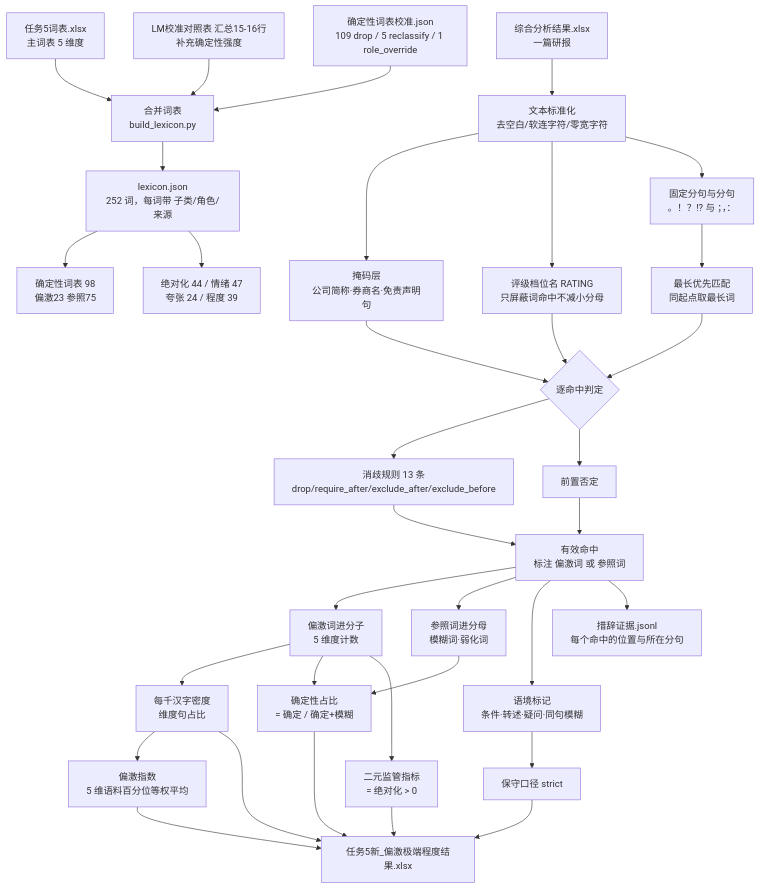
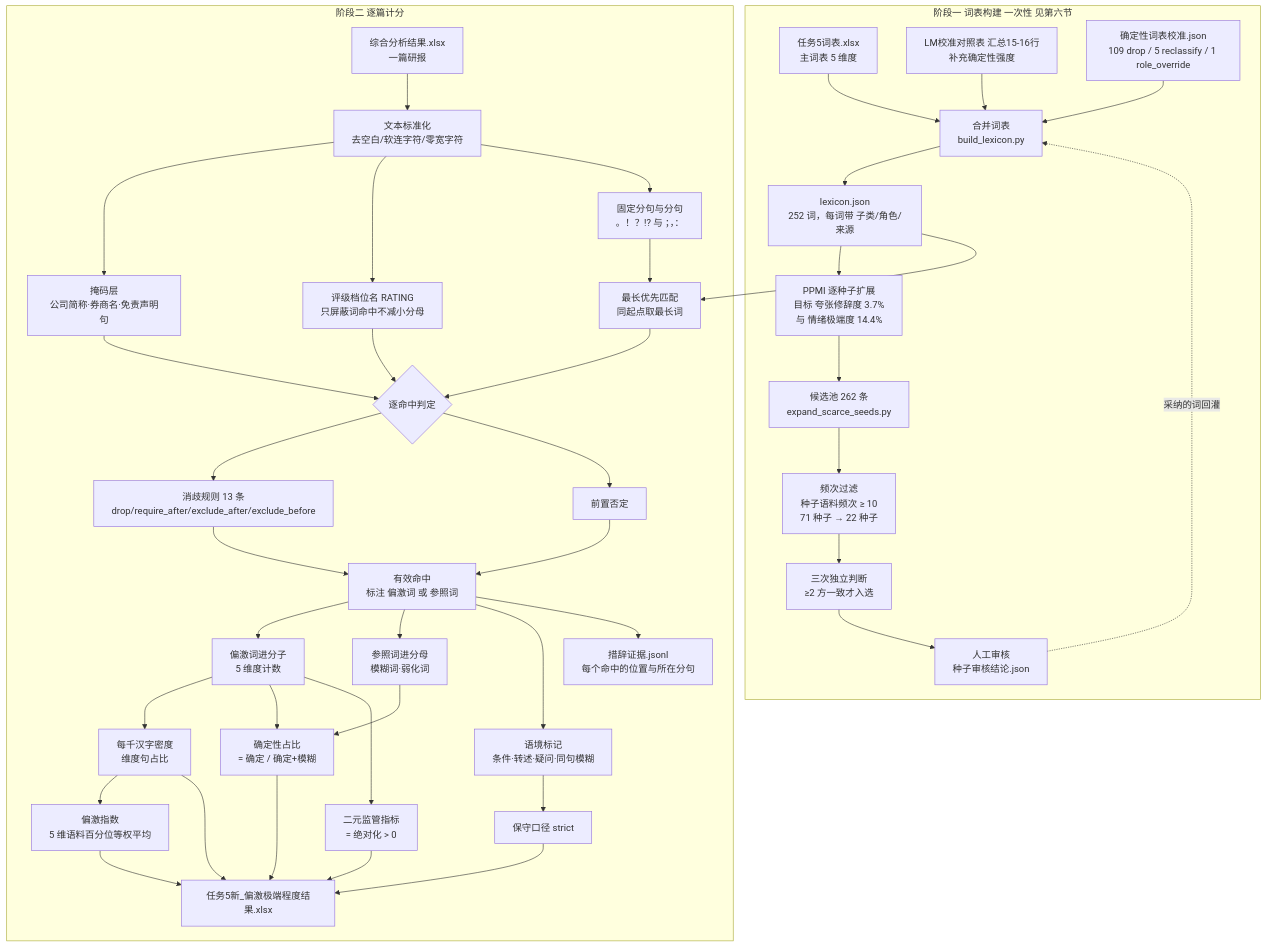
One commit to lyh122500/yanbao-text-analysis changed the diagram in 任务5（新）/README.md. Above: the diagram before and after it, drawn with Mermaid. The commit also changed other lines of this file and 11 other files, not shown here.

First line of the commit message:
feat(任务5新): 补 PPMI 稀缺维度扩展流程（阶段一）

````diff
--- a/任务5（新）/README.md
+++ b/任务5（新）/README.md
@@ -84,38 +87,47 @@
 ```mermaid
 flowchart TD
-    A[任务5词表.xlsx<br/>主词表 5 维度] --> M[合并词表<br/>build_lexicon.py]
-    B[LM校准对照表 汇总15-16行<br/>补充确定性强度] --> M
-    C[确定性词表校准.json<br/>109 drop / 5 reclassify / 1 role_override] --> M
-    M --> D[lexicon.json<br/>252 词，每词带 子类/角色/来源]
-    D --> E[确定性词表 98<br/>偏激23 参照75]
-    D --> F[绝对化 44 / 情绪 47<br/>夸张 24 / 程度 39]
+    subgraph S1[阶段一 词表构建 一次性 见第六节]
+        A[任务5词表.xlsx<br/>主词表 5 维度] --> M[合并词表<br/>build_lexicon.py]
+        B[LM校准对照表 汇总15-16行<br/>补充确定性强度] --> M
+        C[确定性词表校准.json<br/>109 drop / 5 reclassify / 1 role_override] --> M
+        M --> D[lexicon.json<br/>252 词，每词带 子类/角色/来源]
+        D --> P0[PPMI 逐种子扩展<br/>目标 夸张修辞度 3.7%<br/>与 情绪极端度 14.4%]
+        P0 --> P1[候选池 262 条<br/>expand_scarce_seeds.py]
+        P1 --> P2[频次过滤<br/>种子语料频次 ≥ 10<br/>71 种子 → 22 种子]
+        P2 --> P3[三次独立判断<br/>≥2 方一致才入选]
+        P3 --> P4[人工审核<br/>种子审核结论.json]
+        P4 -. 采纳的词回灌 .-> M
+    end
 
-    G[综合分析结果.xlsx<br/>一篇研报] --> H[文本标准化<br/>去空白/软连字符/零宽字符]
-    H --> I[掩码层<br/>公司简称·券商名·免责声明句]
-    H --> R[评级档位名 RATING<br/>只屏蔽词命中不减小分母]
-    H --> J[固定分句与分句<br/>。！？!? 与 ；，：]
-    J --> K[最长优先匹配<br/>同起点取最长词]
-    R --> L{逐命中判定}
-    K --> L
-    I --> L
-    L --> N[消歧规则 13 条<br/>drop/require_after/exclude_after/exclude_before]
-    L --> O[前置否定]
-    N --> P[有效命中<br/>标注 偏激词 或 参照词]
-    O --> P
-    P --> Q1[偏激词进分子<br/>5 维度计数]
-    P --> Q2[参照词进分母<br/>模糊词·弱化词]
-    P --> Q3[语境标记<br/>条件·转述·疑问·同句模糊]
+    subgraph S2[阶段二 逐篇计分]
+        G[综合分析结果.xlsx<br/>一篇研报] --> H[文本标准化<br/>去空白/软连字符/零宽字符]
+        H --> I[掩码层<br/>公司简称·券商名·免责声明句]
+        H --> R[评级档位名 RATING<br/>只屏蔽词命中不减小分母]
+        H --> J[固定分句与分句<br/>。！？!? 与 ；，：]
+        D --> K[最长优先匹配<br/>同起点取最长词]
+        J --> K
+        R --> L{逐命中判定}
+        K --> L
+        I --> L
+        L --> N[消歧规则 13 条<br/>drop/require_after/exclude_after/exclude_before]
+        L --> O[前置否定]
+        N --> P[有效命中<br/>标注 偏激词 或 参照词]
+        O --> P
+        P --> Q1[偏激词进分子<br/>5 维度计数]
+        P --> Q2[参照词进分母<br/>模糊词·弱化词]
+        P --> Q3[语境标记<br/>条件·转述·疑问·同句模糊]
 
-    Q1 --> S[每千汉字密度<br/>维度句占比]
-    Q3 --> T[保守口径 strict]
-    Q2 --> U[确定性占比<br/>= 确定 / 确定+模糊]
-    Q1 --> U
-    S --> V[偏激指数<br/>5 维语料百分位等权平均]
-    Q1 --> W[二元监管指标<br/>= 绝对化 > 0]
-    S --> X[任务5新_偏激极端程度结果.xlsx]
-    T --> X
-    U --> X
-    V --> X
-    W --> X
-    P --> Y[措辞证据.jsonl<br/>每个命中的位置与所在分句]
+        Q1 --> S[每千汉字密度<br/>维度句占比]
+        Q3 --> T[保守口径 strict]
+        Q2 --> U[确定性占比<br/>= 确定 / 确定+模糊]
+        Q1 --> U
+        S --> V[偏激指数<br/>5 维语料百分位等权平均]
+        Q1 --> W[二元监管指标<br/>= 绝对化 > 0]
+        S --> X[任务5新_偏激极端程度结果.xlsx]
+        T --> X
+        U --> X
+        V --> X
+        W --> X
+        P --> Y[措辞证据.jsonl<br/>每个命中的位置与所在分句]
+    end
 ```
````
